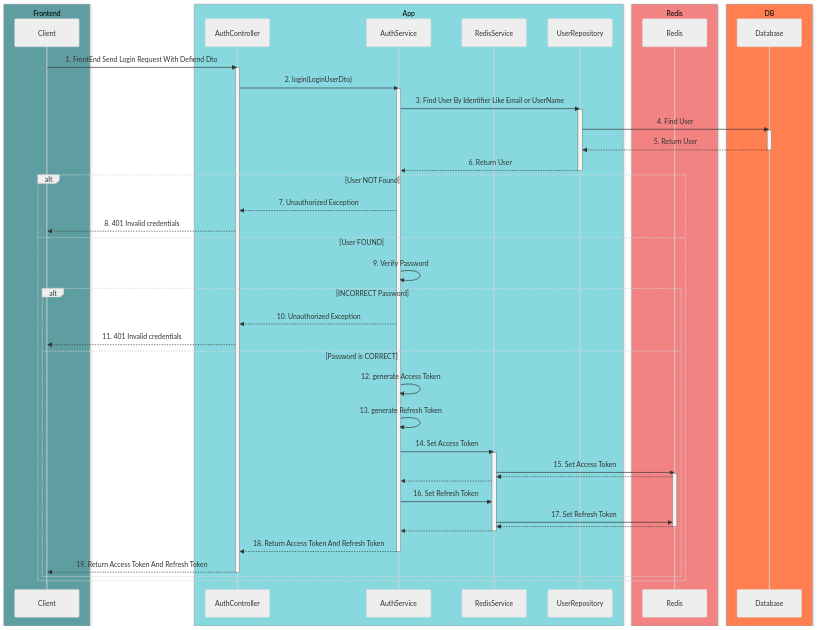
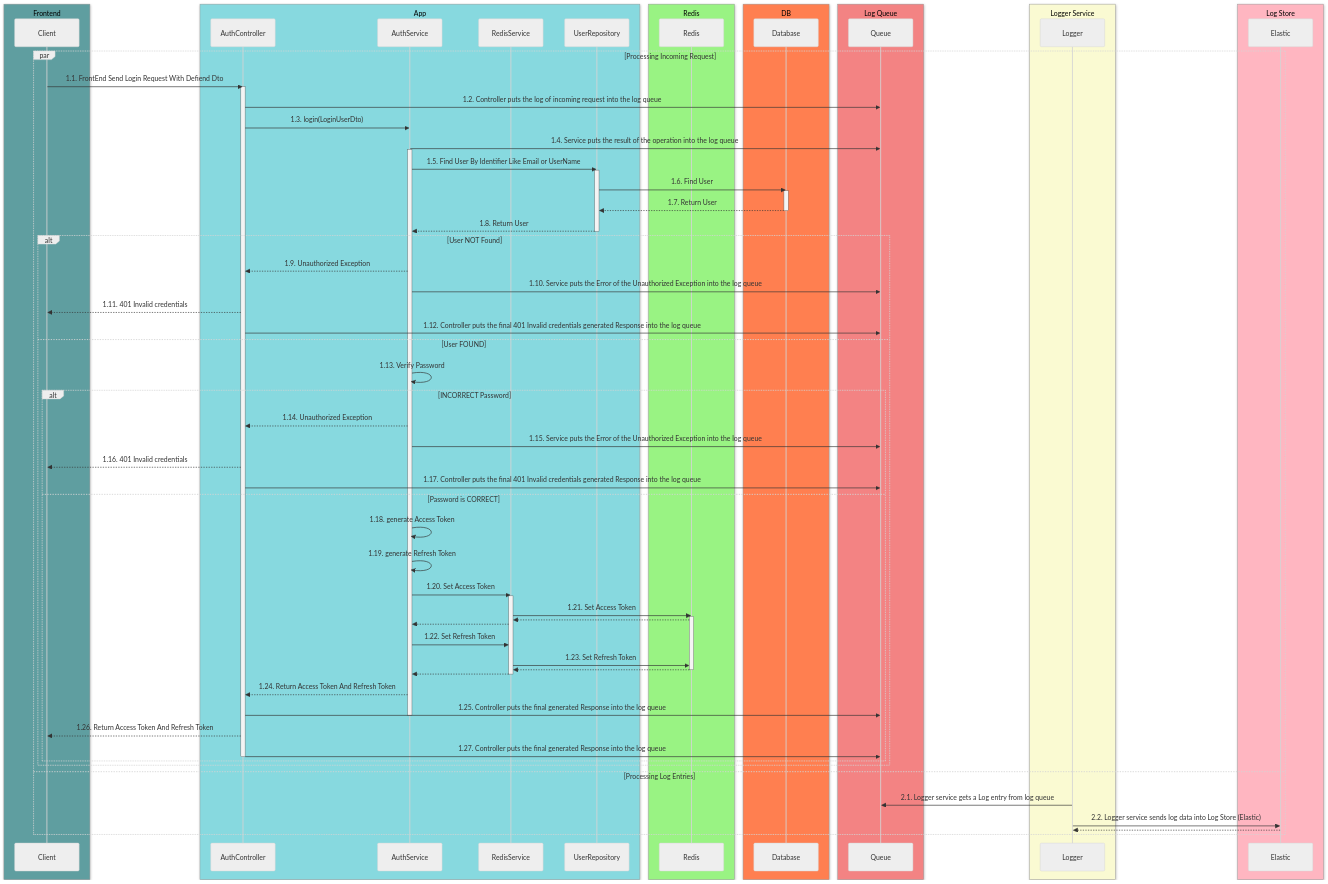
One commit to hamidehalaee/nestjs_ddd_skeleton changed the diagram in docs/auth/login.md. Above: the diagram before and after it, drawn with Mermaid.

Commit message:
update: log app added to login

````diff
--- a/docs/auth/login.md
+++ b/docs/auth/login.md
@@ -21,7 +21,7 @@
     participant UserRepo as UserRepository
   end
 
-  box rgba(243, 131, 131, 1) Redis
+  box rgba(153, 243, 131, 1) Redis
     participant Redis
   end
 
@@ -29,49 +29,74 @@
     participant DB as Database
   end
 
+  box rgba(243,131,131,1) Log Queue
+    participant Queue
+  end
+
+  box LightGoldenRodYellow Logger Service
+    participant Logger
+  end
+
+  box LightPink Log Store
+    participant Elastic
+  end
+
+par Processing Incoming Request
   %% Login Flow
-  Client->>AuthController: 1. FrontEnd Send Login Request With Defiend Dto
+  Client->>AuthController: 1.1. FrontEnd Send Login Request With Defiend Dto
   activate AuthController
-  AuthController->>AuthService: 2. login(LoginUserDto)
+  AuthController ->> Queue: 1.2. Controller puts the log of incoming request into the log queue
+  AuthController->>AuthService: 1.3. login(LoginUserDto)
+  AuthService ->> Queue: 1.4. Service puts the result of the operation into the log queue
   activate AuthService
-  AuthService->>UserRepo: 3. Find User By Identifier Like Email or UserName
+  AuthService->>UserRepo: 1.5. Find User By Identifier Like Email or UserName
   activate UserRepo
-  UserRepo->>DB: 4. Find User
+  UserRepo->>DB: 1.6. Find User
   activate DB
-  DB-->>UserRepo: 5. Return User
+  DB-->>UserRepo: 1.7. Return User
   deactivate DB
-  UserRepo-->>AuthService: 6. Return User
+  UserRepo-->>AuthService: 1.8. Return User
   deactivate UserRepo
   alt User NOT Found
-    AuthService-->>AuthController: 7. Unauthorized Exception
-    AuthController-->>Client: 8. 401 Invalid credentials
+    AuthService-->>AuthController: 1.9. Unauthorized Exception
+    AuthService ->> Queue: 1.10. Service puts the Error of the Unauthorized Exception into the log queue
+    AuthController-->>Client: 1.11. 401 Invalid credentials
+    AuthController ->> Queue: 1.12. Controller puts the final 401 Invalid credentials generated Response into the log queue
   else User FOUND
-    AuthService ->> AuthService: 9. Verify Password
+    AuthService ->> AuthService: 1.13. Verify Password
     alt INCORRECT Password
-      AuthService-->>AuthController: 10. Unauthorized Exception
-      AuthController-->>Client: 11. 401 Invalid credentials
+      AuthService-->>AuthController: 1.14. Unauthorized Exception
+      AuthService ->> Queue: 1.15. Service puts the Error of the Unauthorized Exception into the log queue
+      AuthController-->>Client: 1.16. 401 Invalid credentials
+      AuthController ->> Queue: 1.17. Controller puts the final 401 Invalid credentials generated Response into the log queue
     else Password is CORRECT
-      AuthService->>AuthService: 12. generate Access Token
-      AuthService->>AuthService: 13. generate Refresh Token
+      AuthService->>AuthService: 1.18. generate Access Token
+      AuthService->>AuthService: 1.19. generate Refresh Token
 
-      AuthService->>RedisService: 14. Set Access Token
+      AuthService->>RedisService: 1.20. Set Access Token
       activate RedisService
-      RedisService->>Redis: 15. Set Access Token
+      RedisService->>Redis: 1.21. Set Access Token
       activate Redis
       Redis-->>RedisService:
 
       RedisService-->>AuthService:
-      AuthService->>RedisService: 16. Set Refresh Token
-      RedisService->>Redis: 17. Set Refresh Token
+      AuthService->>RedisService: 1.22. Set Refresh Token
+      RedisService->>Redis: 1.23. Set Refresh Token
       Redis-->>RedisService:
       deactivate Redis
       RedisService-->>AuthService:
       deactivate RedisService
-      AuthService-->>AuthController: 18. Return Access Token And Refresh Token
+      AuthService-->>AuthController: 1.24. Return Access Token And Refresh Token
+      AuthController ->> Queue: 1.25. Controller puts the final generated Response into the log queue
       deactivate AuthService
-      AuthController-->>Client: 19. Return Access Token And Refresh Token
+      AuthController-->>Client: 1.26. Return Access Token And Refresh Token
+      AuthController ->> Queue: 1.27. Controller puts the final generated Response into the log queue
       deactivate AuthController
     end
   end
-
+  and Processing Log Entries
+        Logger->>Queue: 2.1. Logger service gets a Log entry from log queue
+        Logger ->> Elastic: 2.2. Logger service sends log data into Log Store (Elastic)
+        Elastic -->> Logger:
+end
 ```
````
